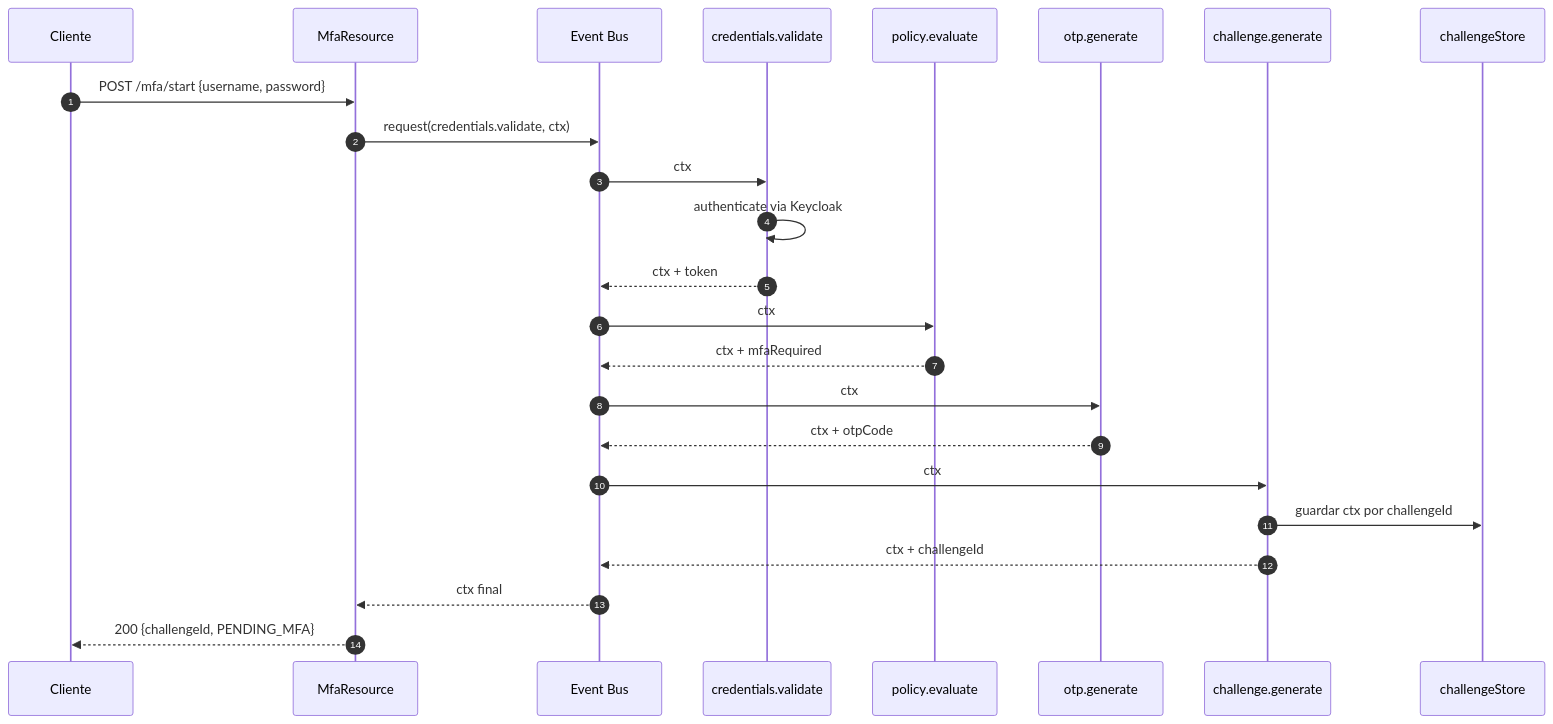
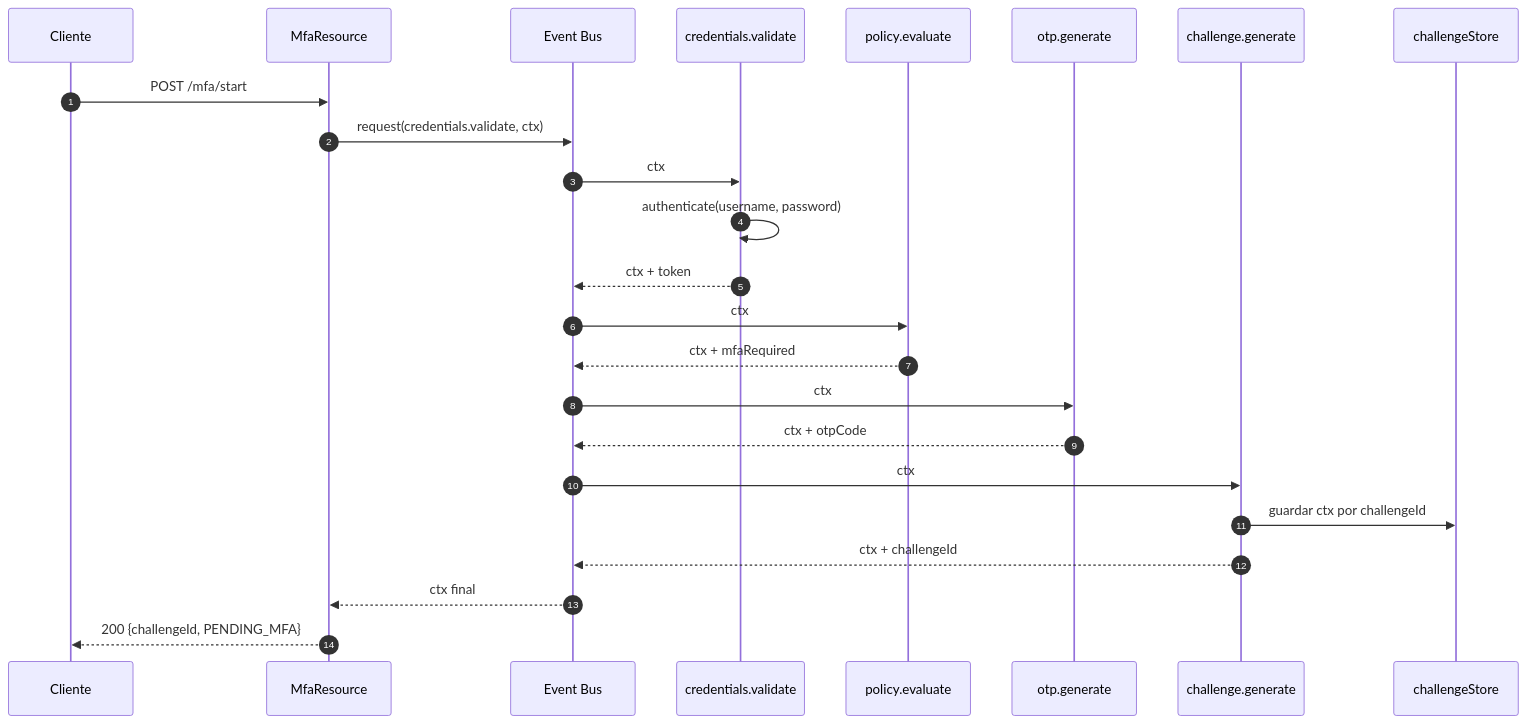
One commit to teamdroid-trainer/docs-docusaurus-trainer changed the sixth of 12 diagrams in docs/backend-java-quarkus/06-event-driven-mfa/event-bus-mfa.md. Above: the diagram before and after it, drawn with Mermaid. The commit also changed other lines of this file and 7 other files, not shown here.

Commit message:
docs: division de kafka en teoria e implementacion con mdx interactivos y diagramas mermaid, resolucion de bugs de docusaurus

````diff
--- a/docs/backend-java-quarkus/06-event-driven-mfa/event-bus-mfa.md
+++ b/docs/backend-java-quarkus/06-event-driven-mfa/event-bus-mfa.md
@@ -147,27 +215,27 @@
 ```mermaid
 sequenceDiagram
     autonumber
     participant C as Cliente
     participant R as MfaResource
     participant EB as Event Bus
     participant V as credentials.validate
     participant P as policy.evaluate
     participant O as otp.generate
     participant G as challenge.generate
     participant S as challengeStore
 
-    C->>R: POST /mfa/start {username, password}
+    C->>R: POST /mfa/start
     R->>EB: request(credentials.validate, ctx)
     EB->>V: ctx
-    V->>V: authenticate via Keycloak
+    V->>V: authenticate(username, password)
     V-->>EB: ctx + token
     EB->>P: ctx
     P-->>EB: ctx + mfaRequired
     EB->>O: ctx
     O-->>EB: ctx + otpCode
     EB->>G: ctx
     G->>S: guardar ctx por challengeId
     G-->>EB: ctx + challengeId
     EB-->>R: ctx final
     R-->>C: 200 {challengeId, PENDING_MFA}
 ```
````
